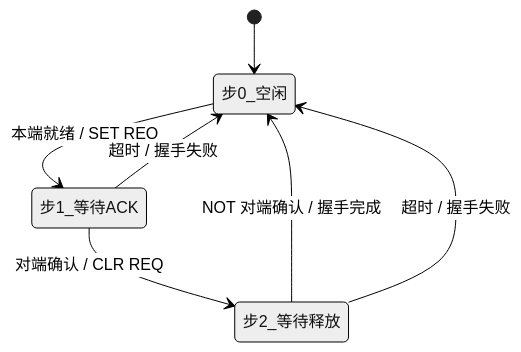
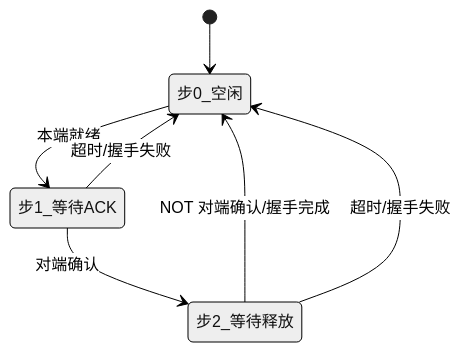
Before and after one commit to goli-arch/hello-world: the first of 2 diagrams in 三向令牌握手/三向令牌握手说明书.md, drawn with Mermaid (neutral theme). The commit also changed other lines of this file and 2 other files, not shown here.

````diff
--- a/三向令牌握手/三向令牌握手说明书.md
+++ b/三向令牌握手/三向令牌握手说明书.md
@@ -74,9 +77,9 @@
 ```mermaid
 stateDiagram-v2
     [*] --> 步0_空闲
-    步0_空闲 --> 步1_等待ACK : 本端就绪 / SET REQ
-    步1_等待ACK --> 步2_等待释放 : 对端确认 / CLR REQ
-    步1_等待ACK --> 步0_空闲 : 超时 / 握手失败
-    步2_等待释放 --> 步0_空闲 : NOT 对端确认 / 握手完成
-    步2_等待释放 --> 步0_空闲 : 超时 / 握手失败
+    步0_空闲 --> 步1_等待ACK : 本端就绪
+    步1_等待ACK --> 步2_等待释放 : 对端确认
+    步1_等待ACK --> 步0_空闲 : 超时/握手失败
+    步2_等待释放 --> 步0_空闲 : NOT 对端确认/握手完成
+    步2_等待释放 --> 步0_空闲 : 超时/握手失败
 ```
````
